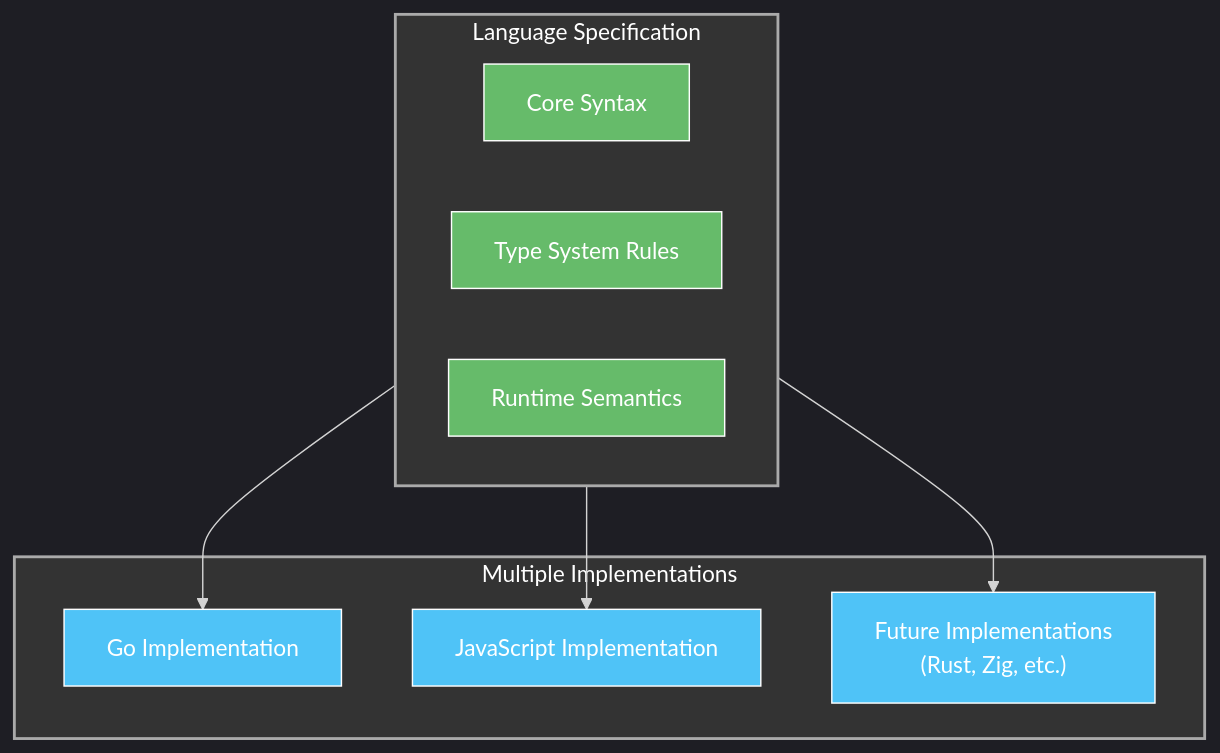
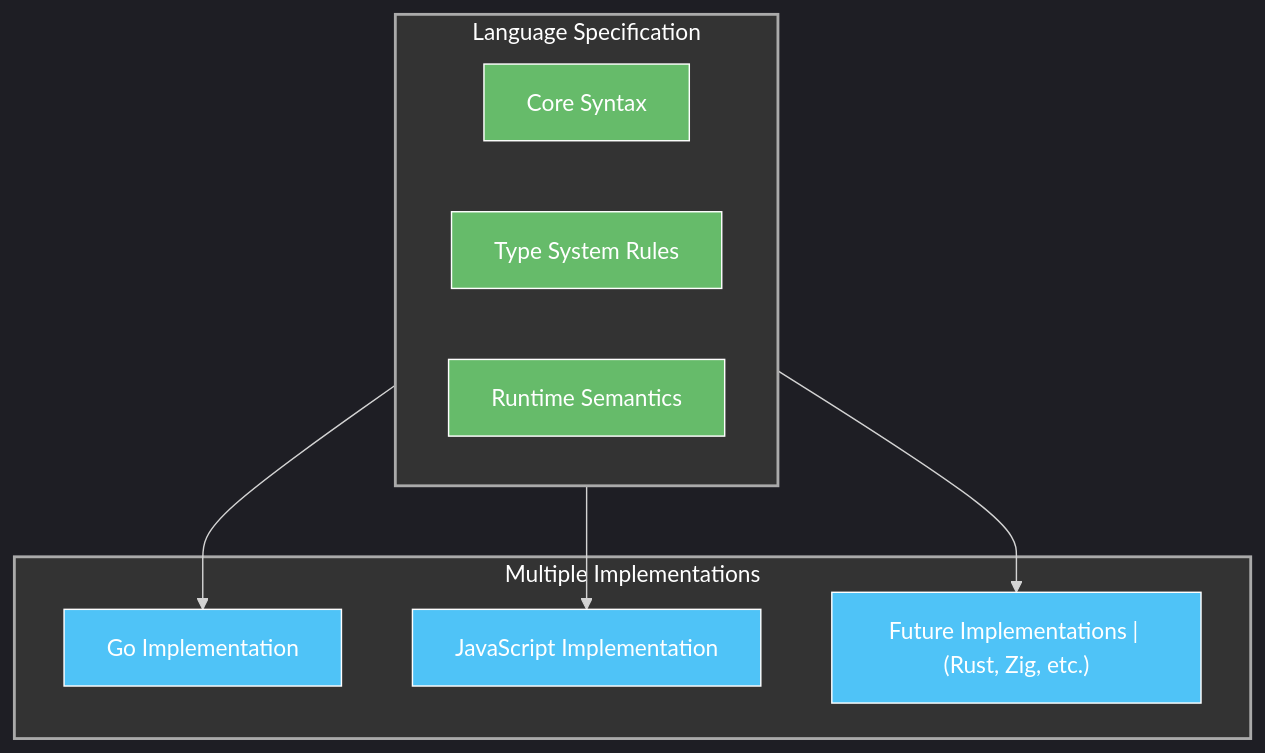
One commit to houstonhaynes/AD4SDocs changed the third of 3 diagrams in 03 TypeScripts Evolution.md. Above: the diagram before and after it, drawn with Mermaid. The commit also changed other lines of this file and 4 other files, not shown here.

Commit message:
Fix mermaid diagrams

````diff
--- a/03 TypeScripts Evolution.md
+++ b/03 TypeScripts Evolution.md
@@ -181,28 +181,28 @@
 ```mermaid
 %%{init: {'theme': 'dark', 'themeVariables': { 'primaryColor': '#242424', 'primaryTextColor': '#fff', 'primaryBorderColor': '#888', 'lineColor': '#d3d3d3', 'secondaryColor': '#2b2b2b', 'tertiaryColor': '#333' }}}%%
 flowchart TD
     subgraph LanguageSpec["Language Specification"]
         CoreSyntax["Core Syntax"]
         TypeRules["Type System Rules"]
         Semantics["Runtime Semantics"]
     end
     
     subgraph Implementations["Multiple Implementations"]
         GoImpl["Go Implementation"]
         JSImpl["JavaScript Implementation"]
-        FutureImpl["Future Implementations\n(Rust, Zig, etc.)"]
+        FutureImpl["Future Implementations | (Rust, Zig, etc.)"]
     end
     
     LanguageSpec --> GoImpl
     LanguageSpec --> JSImpl
     LanguageSpec --> FutureImpl
     
     style LanguageSpec fill:#333,stroke:#aaa,stroke-width:2px,color:#fff
     style Implementations fill:#333,stroke:#aaa,stroke-width:2px,color:#fff
     style CoreSyntax fill:#66BB6A,stroke:#fff,stroke-width:1px,color:#fff
     style TypeRules fill:#66BB6A,stroke:#fff,stroke-width:1px,color:#fff
     style Semantics fill:#66BB6A,stroke:#fff,stroke-width:1px,color:#fff
     style GoImpl fill:#4FC3F7,stroke:#fff,stroke-width:1px,color:#fff
     style JSImpl fill:#4FC3F7,stroke:#fff,stroke-width:1px,color:#fff
     style FutureImpl fill:#4FC3F7,stroke:#fff,stroke-width:1px,color:#fff
 ```
````
